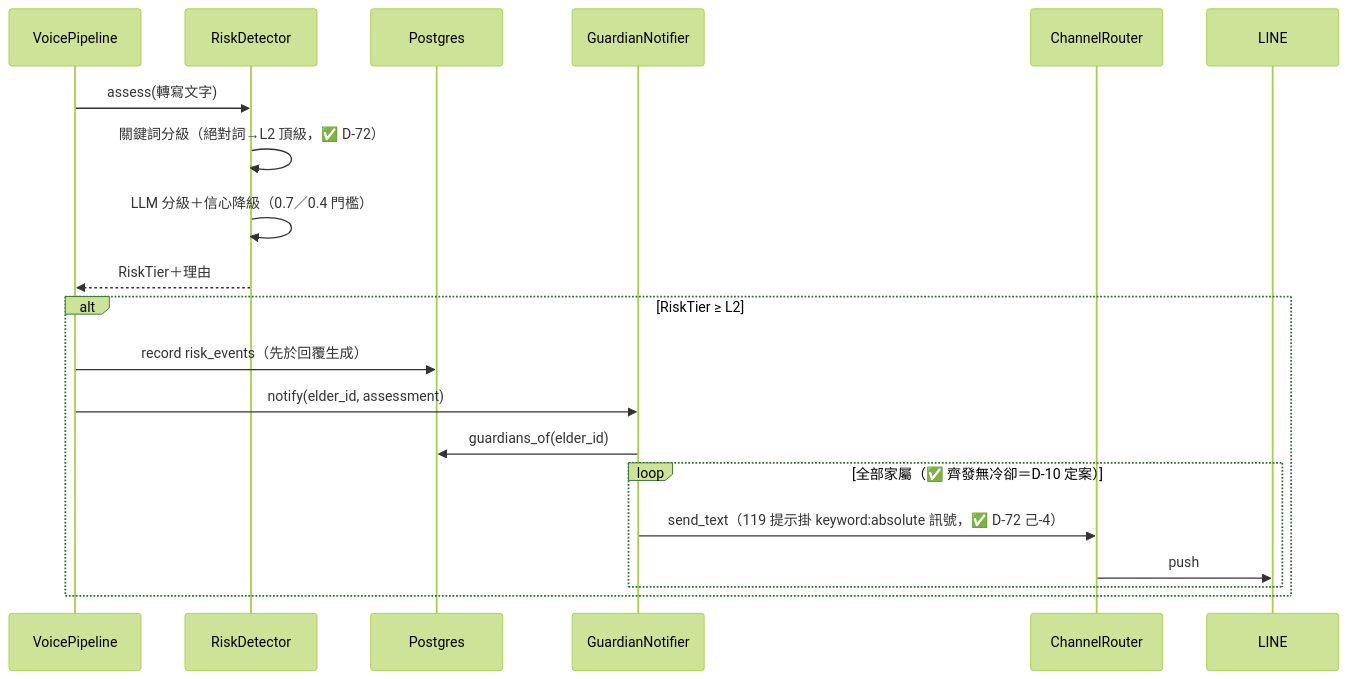
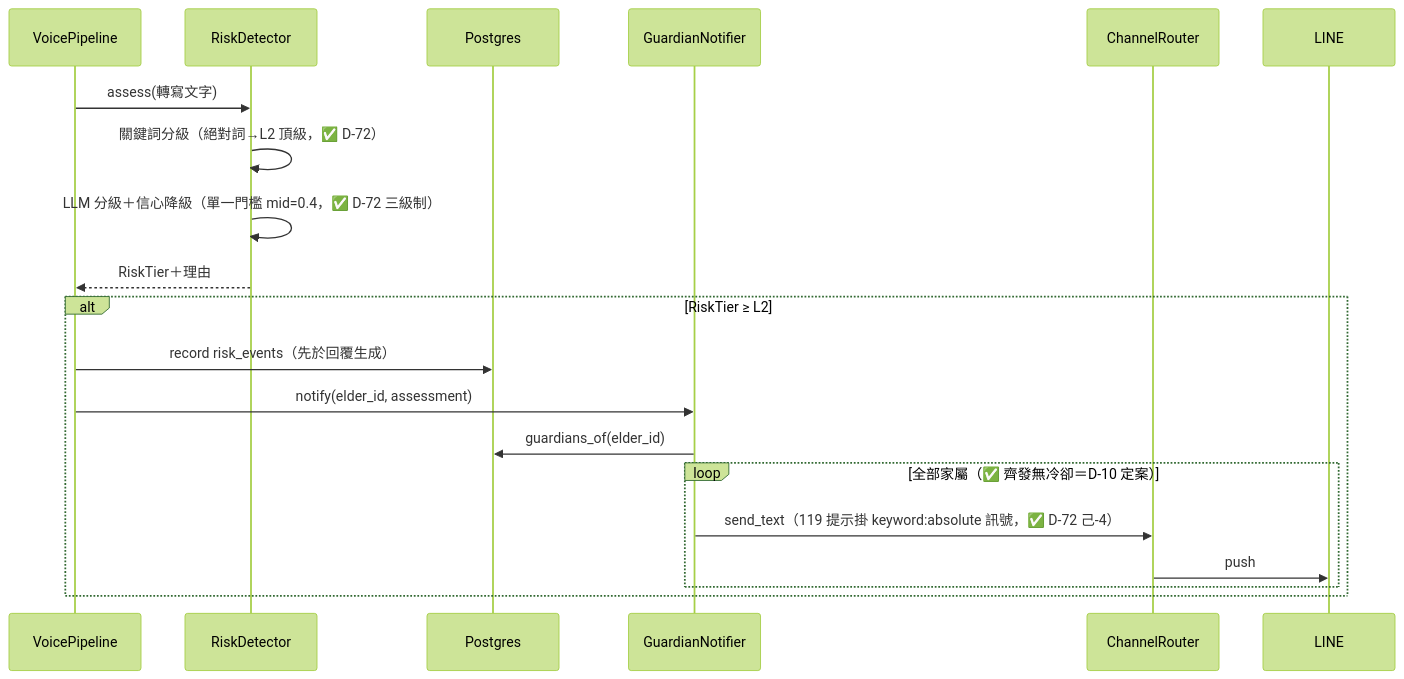
The ninth of 11 diagrams in docs/dev/05_架構與設計.md (leo53021313/kinsun), drawn with Mermaid (forest theme) before and after one commit. The commit also changed other lines of this file and 3 other files, not shown here.

````diff
--- a/docs/dev/05_架構與設計.md
+++ b/docs/dev/05_架構與設計.md
@@ -450,23 +452,23 @@
 ```mermaid
 sequenceDiagram
     participant P as VoicePipeline
     participant D as RiskDetector
     participant DB as Postgres
     participant N as GuardianNotifier
     participant R as ChannelRouter
     participant LINE as LINE
 
     P->>D: assess(轉寫文字)
     D->>D: 關鍵詞分級（絕對詞→L2 頂級，✅ D-72）
-    D->>D: LLM 分級＋信心降級（0.7／0.4 門檻）
+    D->>D: LLM 分級＋信心降級（單一門檻 mid=0.4，✅ D-72 三級制）
     D-->>P: RiskTier＋理由
     alt RiskTier ≥ L2
         P->>DB: record risk_events（先於回覆生成）
         P->>N: notify(elder_id, assessment)
         N->>DB: guardians_of(elder_id)
         loop 全部家屬（✅ 齊發無冷卻＝D-10 定案）
             N->>R: send_text（119 提示掛 keyword:absolute 訊號，✅ D-72 己-4）
             R->>LINE: push
         end
     end
 ```
````
